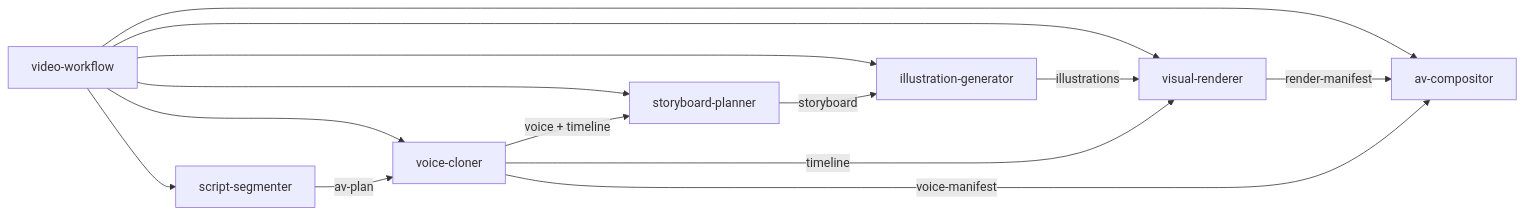
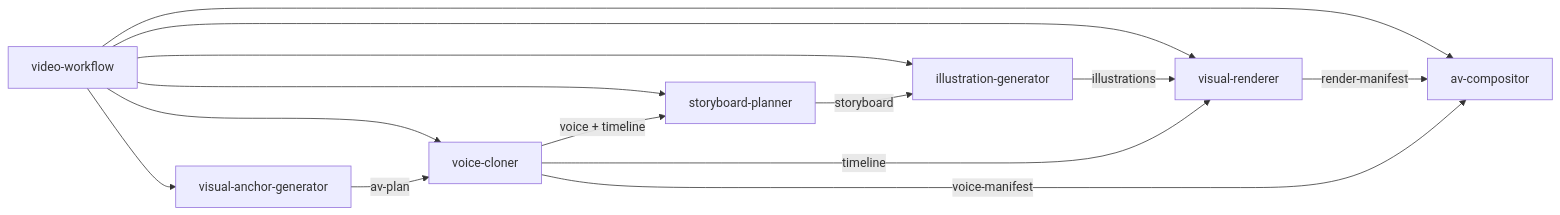
The diagram in docs/Mountain/05-skills-design.md (degyang/cs-board), drawn with Mermaid before and after one commit. The commit also changed other lines of this file and 14 other files, not shown here.

````diff
--- a/docs/Mountain/05-skills-design.md
+++ b/docs/Mountain/05-skills-design.md
@@ -254,16 +254,16 @@
 ```mermaid
 flowchart LR
-    O[video-workflow] --> S[script-segmenter]
+    O[video-workflow] --> S[visual-anchor-generator]
     O --> V[voice-cloner]
     O --> P[storyboard-planner]
     O --> I[illustration-generator]
     O --> R[visual-renderer]
     O --> C[av-compositor]
     S -->|av-plan| V
     V -->|voice + timeline| P
     P -->|storyboard| I
     I -->|illustrations| R
     V -->|timeline| R
     R -->|render-manifest| C
     V -->|voice-manifest| C
 ```
````
